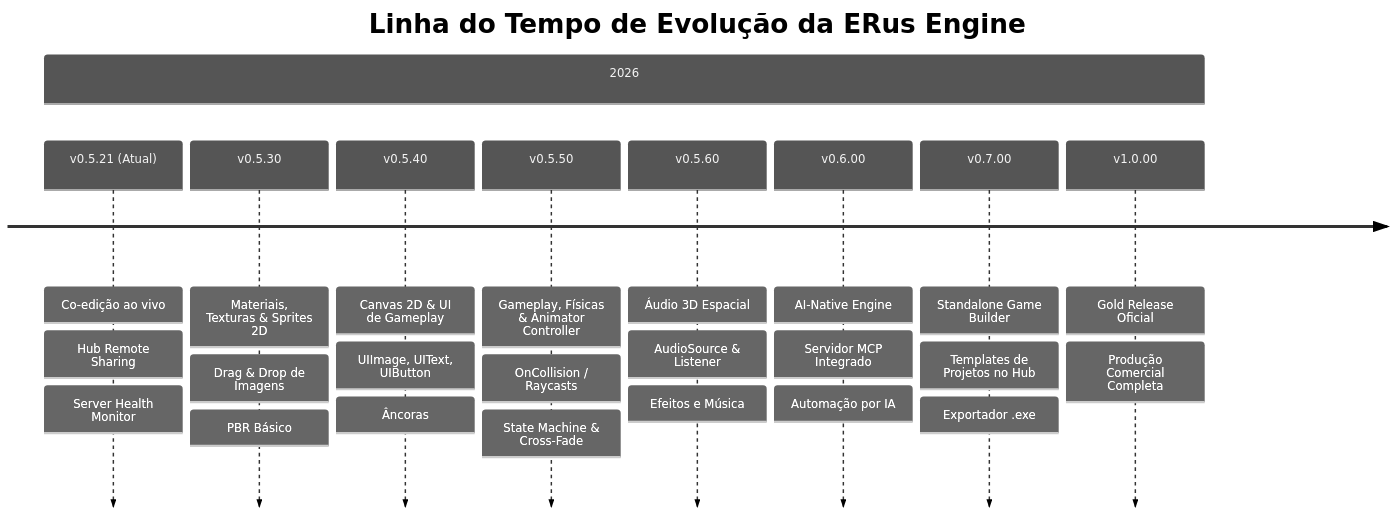
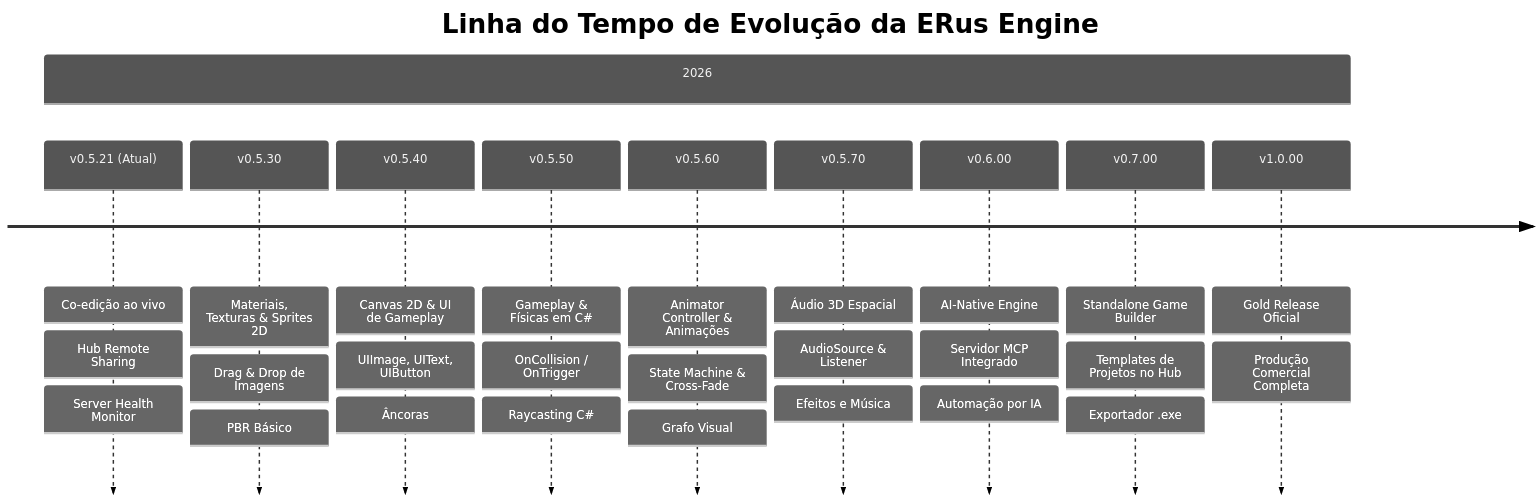
One commit to LatadosUnited/ERus changed the diagram in docs/ROADMAP.md. Above: the diagram before and after it, drawn with Mermaid (neutral theme). The commit also changed other lines of this file, not shown here.

Commit message:
docs: cria versao dedicada v0.5.60 para Animator Controller e Sistema Avancado de Animacoes

````diff
--- a/docs/ROADMAP.md
+++ b/docs/ROADMAP.md
@@ -7,13 +7,14 @@
 ```mermaid
 timeline
     title Linha do Tempo de Evolução da ERus Engine
     section 2026
         v0.5.21 (Atual) : Co-edição ao vivo : Hub Remote Sharing : Server Health Monitor
         v0.5.30 : Materiais, Texturas & Sprites 2D : Drag & Drop de Imagens : PBR Básico
         v0.5.40 : Canvas 2D & UI de Gameplay : UIImage, UIText, UIButton : Âncoras
-        v0.5.50 : Gameplay, Físicas & Animator Controller : OnCollision / Raycasts : State Machine & Cross-Fade
-        v0.5.60 : Áudio 3D Espacial : AudioSource & Listener : Efeitos e Música
+        v0.5.50 : Gameplay & Físicas em C# : OnCollision / OnTrigger : Raycasting C#
+        v0.5.60 : Animator Controller & Animações : State Machine & Cross-Fade : Grafo Visual
+        v0.5.70 : Áudio 3D Espacial : AudioSource & Listener : Efeitos e Música
         v0.6.00 : AI-Native Engine : Servidor MCP Integrado : Automação por IA
         v0.7.00 : Standalone Game Builder : Templates de Projetos no Hub : Exportador .exe
         v1.0.00 : Gold Release Oficial : Produção Comercial Completa
 ```
````
